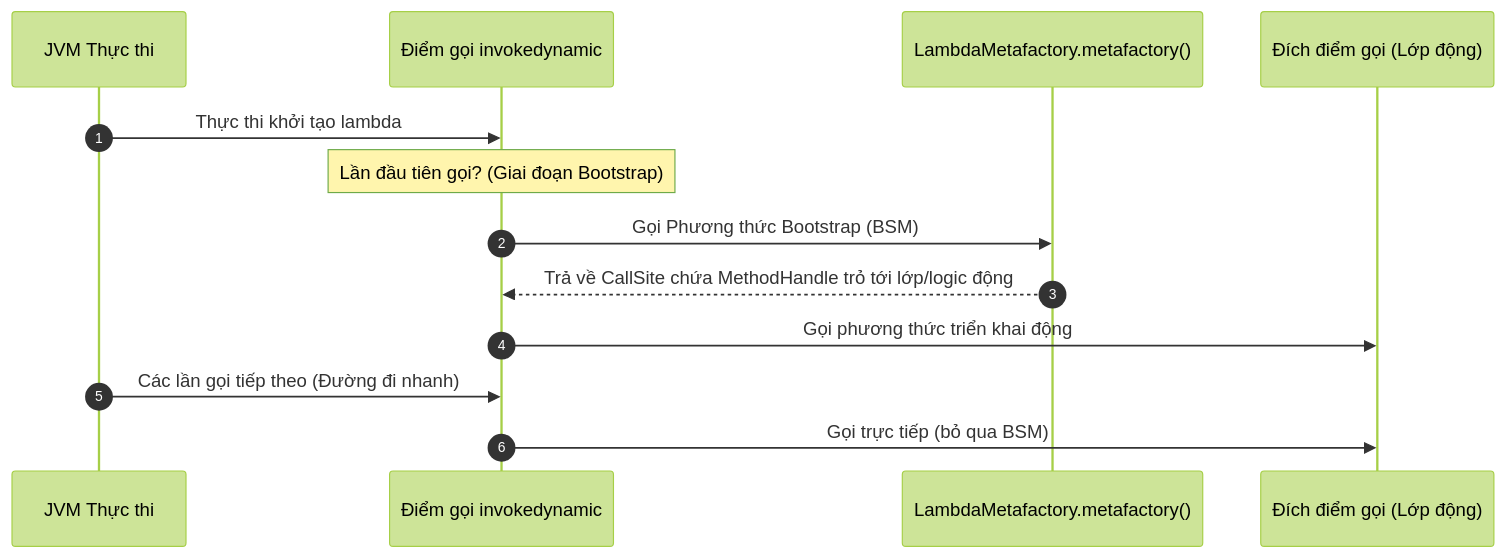
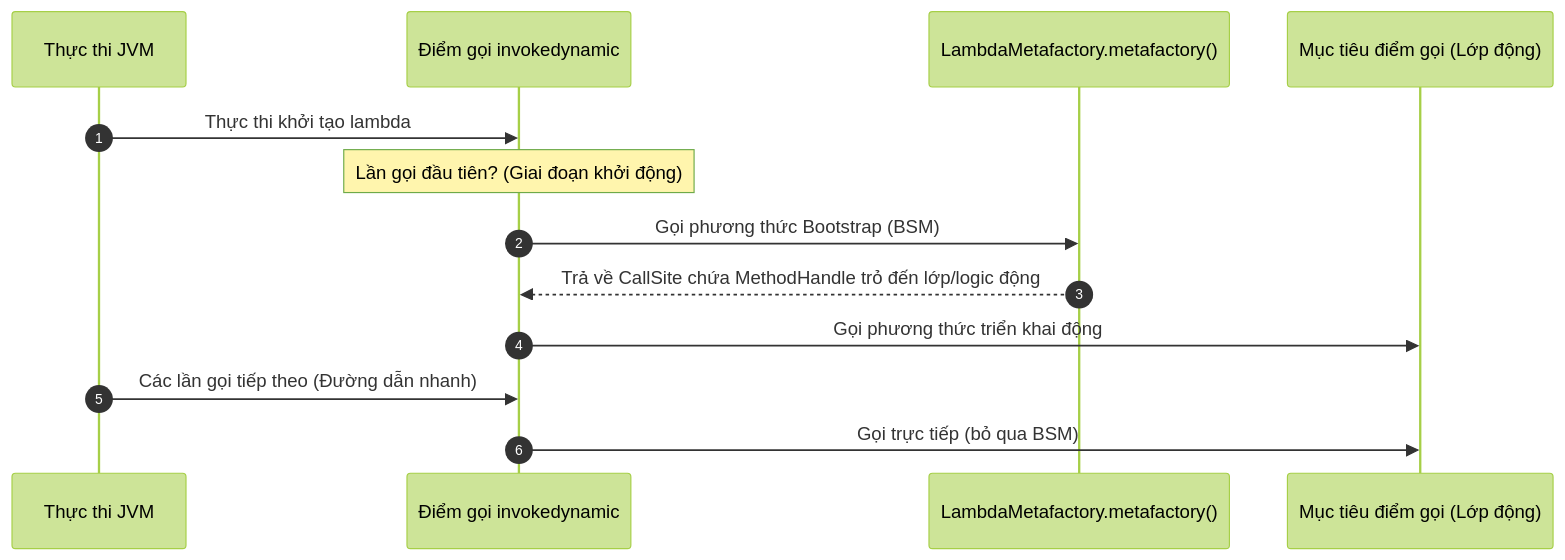
Before and after one commit to PhuThien2005/theoretical-of-java-core: the first of 2 diagrams in vi/21-lambda-expression/theory/01-what-is-a-lambda-concepts.md, drawn with Mermaid (forest theme). The commit also changed other lines of this file and 229 other files, not shown here.

````diff
--- a/vi/21-lambda-expression/theory/01-what-is-a-lambda-concepts.md
+++ b/vi/21-lambda-expression/theory/01-what-is-a-lambda-concepts.md
@@ -53,16 +55,16 @@
 ```mermaid
 sequenceDiagram
     autonumber
-    participant JVM as JVM Thực thi
+    participant JVM as Thực thi JVM
     participant Indy as Điểm gọi invokedynamic
     participant Metafactory as LambdaMetafactory.metafactory()
-    participant Target as Đích điểm gọi (Lớp động)
+    participant Target as Mục tiêu điểm gọi (Lớp động)
     
     JVM->>Indy: Thực thi khởi tạo lambda
-    Note over Indy: Lần đầu tiên gọi? (Giai đoạn Bootstrap)
-    Indy->>Metafactory: Gọi Phương thức Bootstrap (BSM)
-    Metafactory-->>Indy: Trả về CallSite chứa MethodHandle trỏ tới lớp/logic động
+    Note over Indy: Lần gọi đầu tiên? (Giai đoạn khởi động)
+    Indy->>Metafactory: Gọi phương thức Bootstrap (BSM)
+    Metafactory-->>Indy: Trả về CallSite chứa MethodHandle trỏ đến lớp/logic động
     Indy->>Target: Gọi phương thức triển khai động
-    JVM->>Indy: Các lần gọi tiếp theo (Đường đi nhanh)
+    JVM->>Indy: Các lần gọi tiếp theo (Đường dẫn nhanh)
     Indy->>Target: Gọi trực tiếp (bỏ qua BSM)
 ```
````
